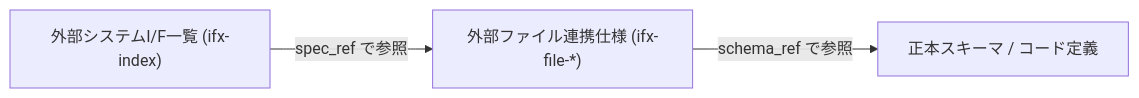
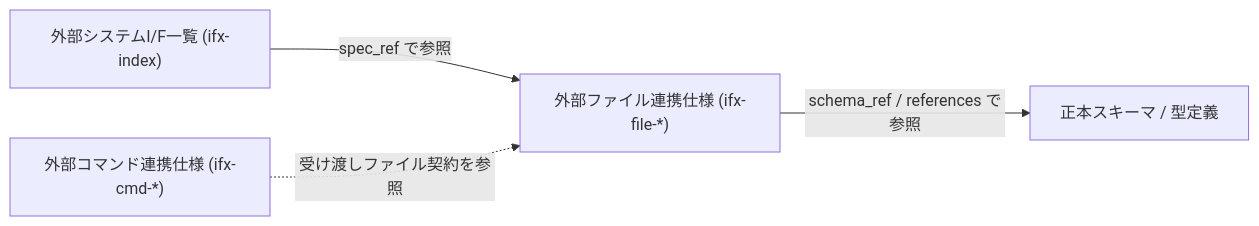
Before and after one commit to specdojo/specdojo: the diagram in docs/ja/specdojo/rulebooks/ifx-file-rulebook.md, drawn with Mermaid. The commit also changed other lines of this file and 5 other files, not shown here.

````diff
--- a/docs/ja/specdojo/rulebooks/ifx-file-rulebook.md
+++ b/docs/ja/specdojo/rulebooks/ifx-file-rulebook.md
@@ -42,5 +50,6 @@
 ```mermaid
 flowchart LR
     ESIL["外部システムI/F一覧 (ifx-index)"] -->|"spec_ref で参照"| EFES["外部ファイル連携仕様 (ifx-file-*)"]
-    EFES -->|"schema_ref で参照"| SCHEMA["正本スキーマ / コード定義"]
+    IFXCMD["外部コマンド連携仕様 (ifx-cmd-*)"] -.->|"受け渡しファイル契約を参照"| EFES
+    EFES -->|"schema_ref / references で参照"| SCHEMA["正本スキーマ / 型定義"]
 ```
````
